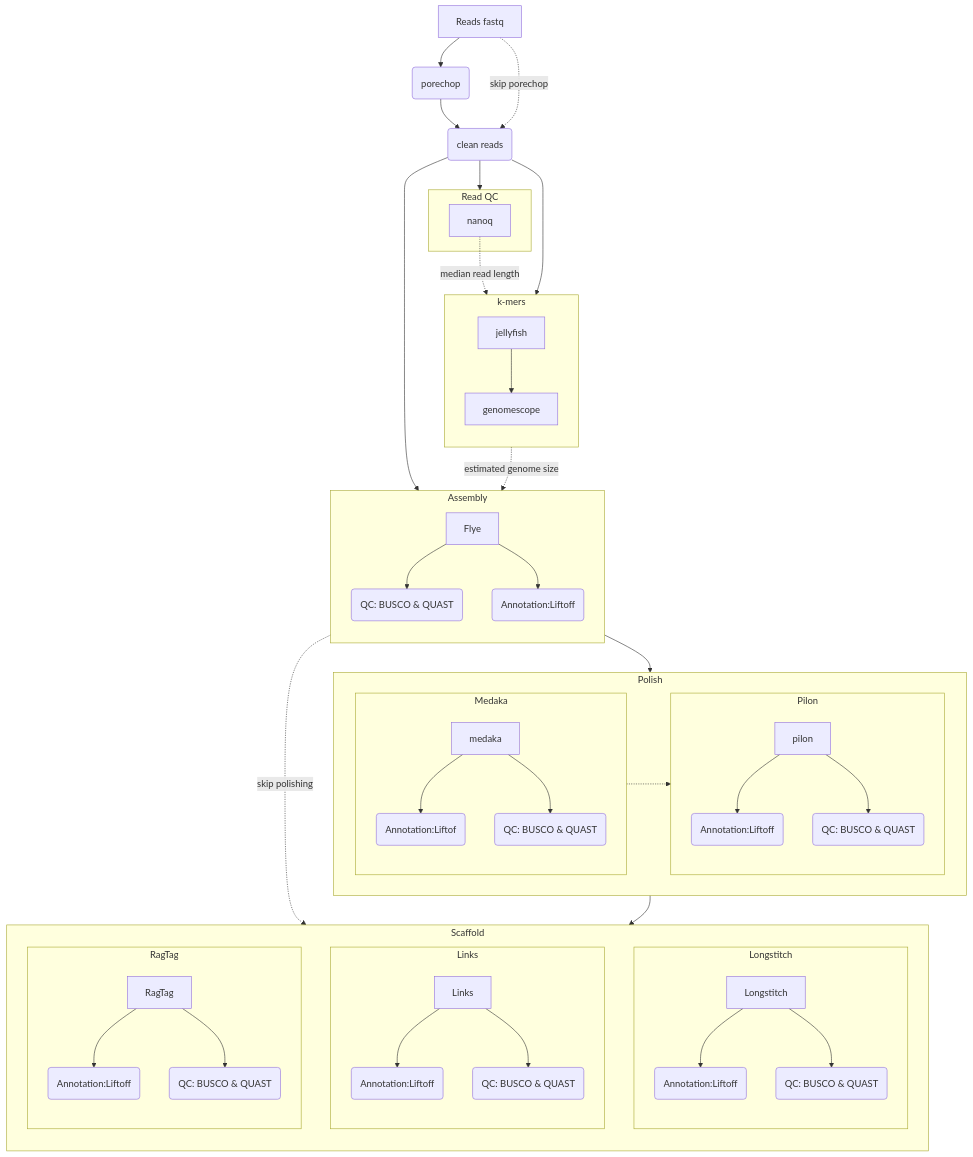
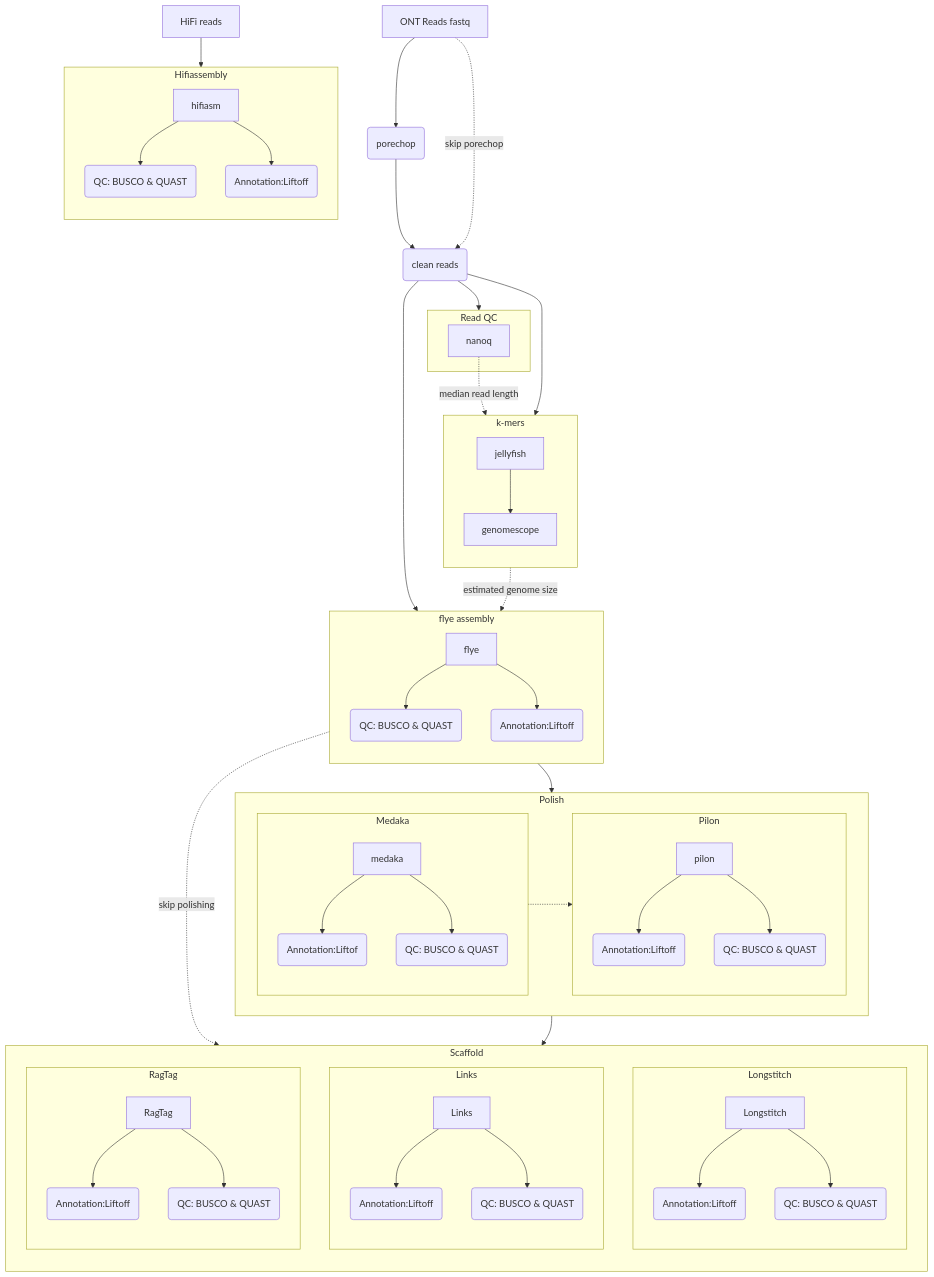
The diagram in README.md (nschan/nf-arassembly), drawn with Mermaid before and after one commit.

Commit message:
small graph update

````diff
--- a/README.md
+++ b/README.md
@@ -73,62 +73,69 @@
 ```mermaid
 graph TD
-  fastq[Reads fastq] --> porechop("porechop")
+  hifi[HiFi reads] --> Hifiassembly
+  fastq[ONT Reads fastq] --> porechop("porechop")
   porechop --> clean_reads(clean reads)
   fastq -. skip porechop .-> clean_reads
   clean_reads --> Readqc
   subgraph k-mers
   direction TB
   jellyfish --> genomescope
   end
   subgraph Readqc[Read QC]
   nanoq
   end
   clean_reads --> k-mers
   nanoq -. median read length .-> jellyfish
   clean_reads --> Assembly
-  subgraph Assembly
+  subgraph Assembly[flye assembly]
   direction TB
-  assembler[Flye]
+  assembler[flye]
   assembler --> asqc(QC: BUSCO & QUAST)
   assembler --> asliftoff(Annotation:Liftoff)
+  end
+  subgraph Hifiassembly
+  direction TB
+  assembler2[hifiasm]
+  assembler2 --> asqc2(QC: BUSCO & QUAST)
+  assembler2 --> asliftoff2(Annotation:Liftoff)
   end
   genomescope -. estimated genome size .-> Assembly
   subgraph Polish
   direction LR
   subgraph Medaka
   medaka[medaka] 
   medaka --> meliftoff(Annotation:Liftof)
   medaka --> meqc(QC: BUSCO & QUAST)
   end
   subgraph Pilon
   pilon[pilon] 
   pilon --> piliftoff(Annotation:Liftoff)
   pilon --> piqc(QC: BUSCO & QUAST)
   end
   Medaka -.-> Pilon
   end
   Assembly --> Polish
   subgraph Scaffold
   direction TB
   Longstitch
   Links
   RagTag
   end
   subgraph Longstitch
   direction TB
   longstitch[Longstitch] --> lsliftoff(Annotation:Liftoff)
   longstitch --> lsQC(QC: BUSCO & QUAST)
   end
   subgraph Links
   direction TB
   links[Links] --> liliftoff(Annotation:Liftoff)
   links --> liQC(QC: BUSCO & QUAST)
   end
   subgraph RagTag
   direction TB
   ragtag[RagTag] --> raliftoff(Annotation:Liftoff)
   ragtag --> raQC(QC: BUSCO & QUAST)
   end
   Assembly -. skip polishing .-> Scaffold
   Polish --> Scaffold
 ```
````
